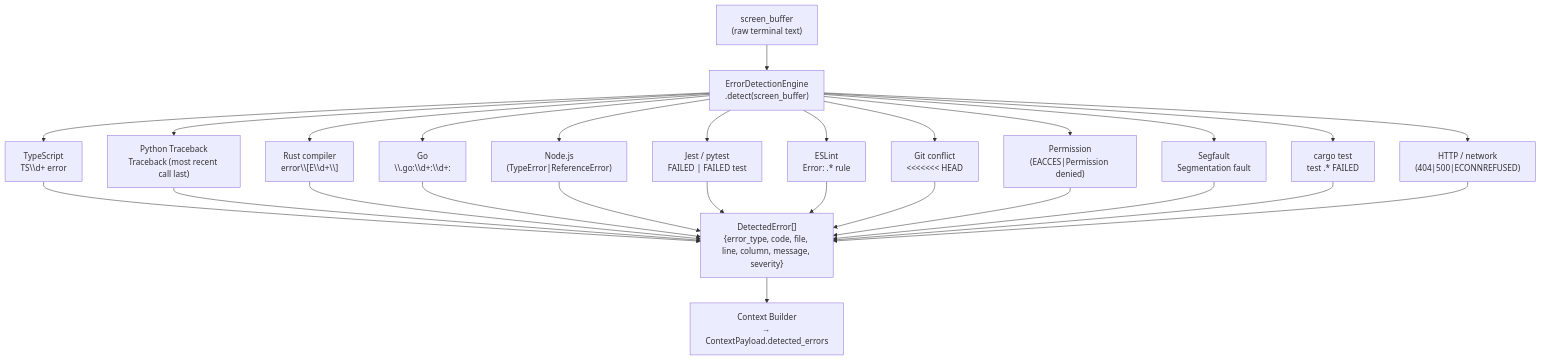
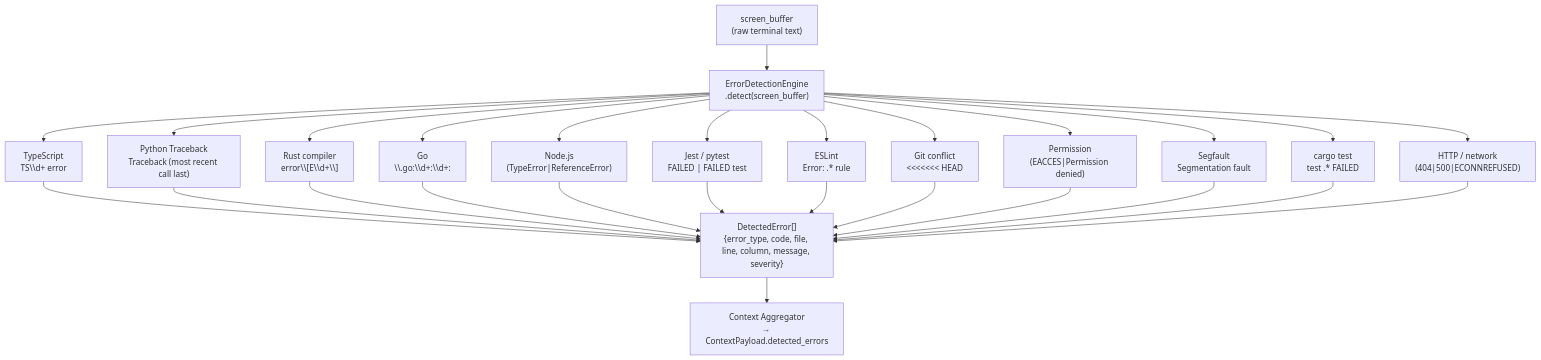
Before and after one commit to VinnyBabuManjaly/PromptShell: the fifth of 9 diagrams in docs/system_design.md, drawn with Mermaid. The commit also changed other lines of this file and 5 other files, not shown here.

First line of the commit message:
Update documentation with enhanced architecture diagrams and improved terminology

````diff
--- a/docs/system_design.md
+++ b/docs/system_design.md
@@ -202,24 +202,24 @@
 ```mermaid
 flowchart TD
     BUF["screen_buffer<br/>(raw terminal text)"]
 
     BUF --> EDE["ErrorDetectionEngine<br/>.detect(screen_buffer)"]
 
     EDE --> R1["TypeScript<br/>TS\\d+ error"]
     EDE --> R2["Python Traceback<br/>Traceback (most recent call last)"]
     EDE --> R3["Rust compiler<br/>error\\[E\\d+\\]"]
     EDE --> R4["Go<br/>\\.go:\\d+:\\d+:"]
     EDE --> R5["Node.js<br/>(TypeError|ReferenceError)"]
     EDE --> R6["Jest / pytest<br/>FAILED | FAILED test"]
     EDE --> R7["ESLint<br/>Error: .* rule"]
     EDE --> R8["Git conflict<br/><<<<<<< HEAD"]
     EDE --> R9["Permission<br/>(EACCES|Permission denied)"]
     EDE --> R10["Segfault<br/>Segmentation fault"]
     EDE --> R11["cargo test<br/>test .* FAILED"]
     EDE --> R12["HTTP / network<br/>(404|500|ECONNREFUSED)"]
 
     R1 & R2 & R3 & R4 & R5 & R6 & R7 & R8 & R9 & R10 & R11 & R12 --> OUT
 
     OUT["DetectedError[]<br/>{error_type, code, file, line, column, message, severity}"]
-    OUT --> CB["Context Builder<br/>→ ContextPayload.detected_errors"]
+    OUT --> CB["Context Aggregator<br/>→ ContextPayload.detected_errors"]
 ```
````
